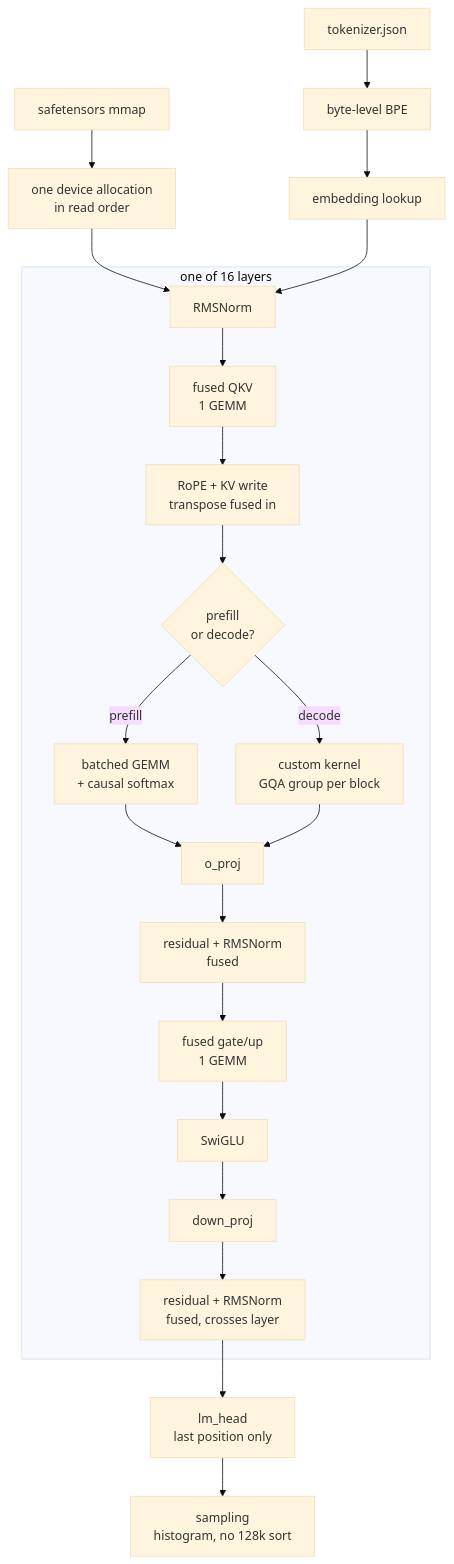
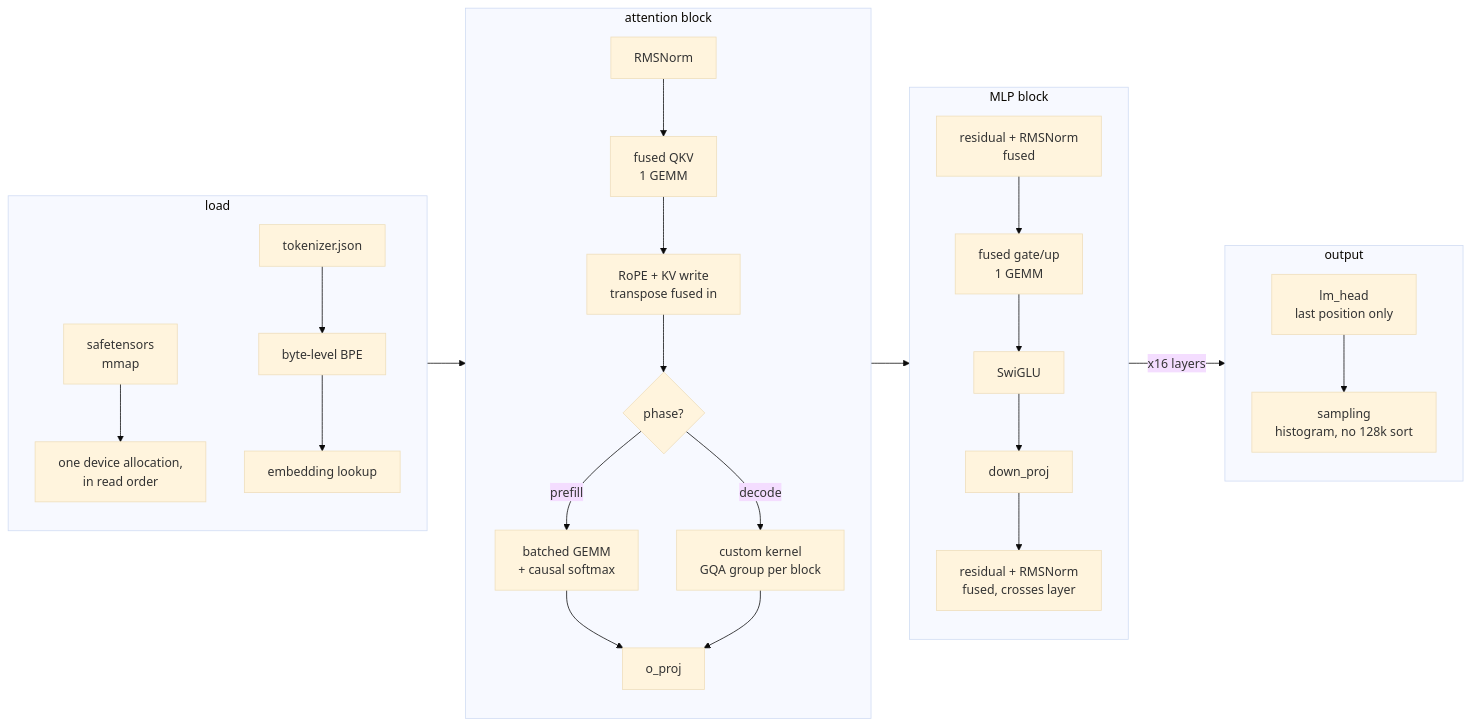
Before and after one commit to mohamadmsalman82/llama-cuda-runtime: the diagram in README.md, drawn with Mermaid (base theme).

Commit message:
Lay the architecture diagram out in columns
The vertical version rendered 3233px tall and dominated the page, and an
all-horizontal version scaled down to unreadable text. Grouping load, attention,
MLP and output into side-by-side blocks gives 1000x507 and stays legible.

````diff
--- a/README.md
+++ b/README.md
@@ -153,26 +153,36 @@
 ```mermaid
-flowchart TD
-    A["safetensors mmap"] --> B["one device allocation<br/>in read order"]
-    T["tokenizer.json"] --> TK["byte-level BPE"]
-    TK --> E["embedding lookup"]
-    B --> N1
-    E --> N1
+flowchart LR
+    subgraph SETUP["load"]
+        direction TB
+        A["safetensors<br/>mmap"] --> B["one device allocation,<br/>in read order"]
+        T["tokenizer.json"] --> TK["byte-level BPE"]
+        TK --> E["embedding lookup"]
+    end
 
-    subgraph L["one of 16 layers"]
+    subgraph ATTN["attention block"]
+        direction TB
         N1["RMSNorm"] --> QKV["fused QKV<br/>1 GEMM"]
         QKV --> R["RoPE + KV write<br/>transpose fused in"]
-        R --> AT{"prefill<br/>or decode?"}
+        R --> AT{"phase?"}
         AT -->|prefill| PA["batched GEMM<br/>+ causal softmax"]
         AT -->|decode| DA["custom kernel<br/>GQA group per block"]
         PA --> O["o_proj"]
         DA --> O
-        O --> F1["residual + RMSNorm<br/>fused"]
-        F1 --> GU["fused gate/up<br/>1 GEMM"]
-        GU --> SW["SwiGLU"]
-        SW --> DN["down_proj"]
+    end
+
+    subgraph MLP["MLP block"]
+        direction TB
+        F1["residual + RMSNorm<br/>fused"] --> GU["fused gate/up<br/>1 GEMM"]
+        GU --> SW["SwiGLU"] --> DN["down_proj"]
         DN --> F2["residual + RMSNorm<br/>fused, crosses layer"]
     end
 
-    F2 --> LM["lm_head<br/>last position only"]
-    LM --> S["sampling<br/>histogram, no 128k sort"]
+    subgraph OUT["output"]
+        direction TB
+        LM["lm_head<br/>last position only"] --> S["sampling<br/>histogram, no 128k sort"]
+    end
+
+    SETUP --> ATTN
+    ATTN --> MLP
+    MLP -->|"x16 layers"| OUT
 ```
````
